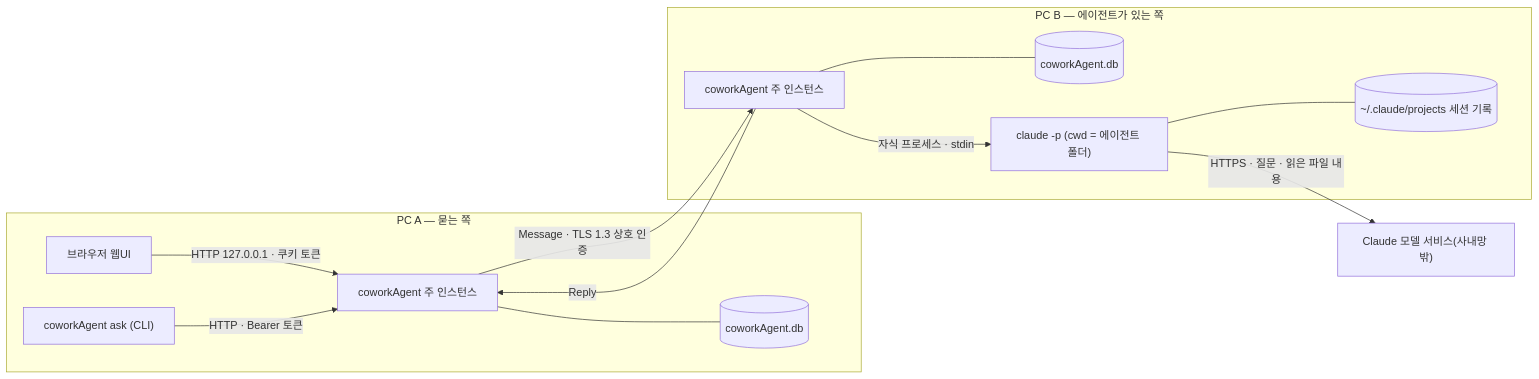
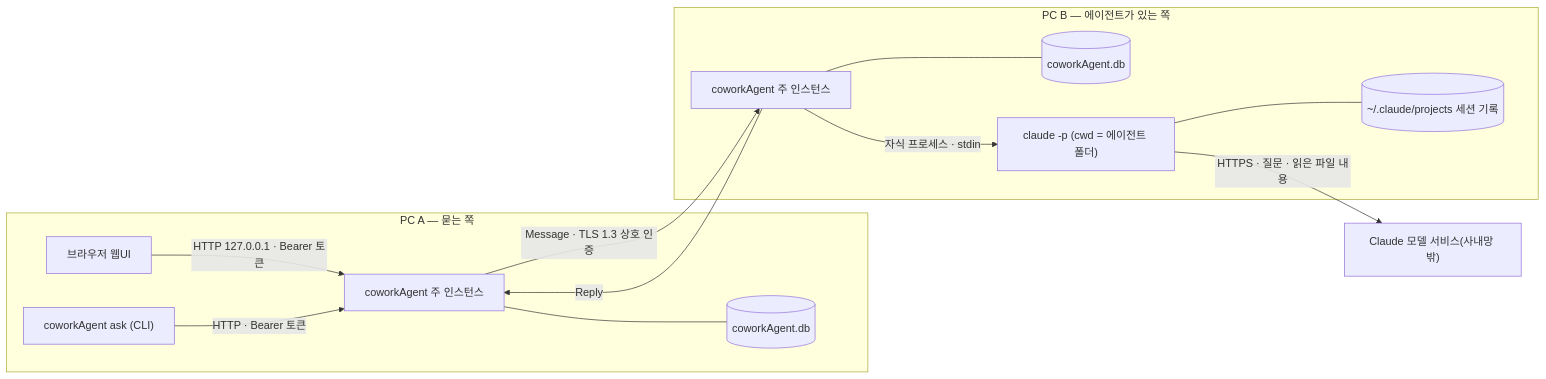
The first of 9 diagrams in docs/manual/dev/developer-guide.md (Softcamp-SaaS-RND/coworkAgent), drawn with Mermaid before and after one commit. The commit also changed other lines of this file and 108 other files, not shown here.

First line of the commit message:
coworkAgent Phase 1 오버플로 — Task 1a · 1b · 1c (squash)

````diff
--- a/docs/manual/dev/developer-guide.md
+++ b/docs/manual/dev/developer-guide.md
@@ -17,16 +18,16 @@
 ```mermaid
 flowchart LR
   subgraph PA["PC A — 묻는 쪽"]
-    BA["브라우저 웹UI"] -- "HTTP 127.0.0.1 · 쿠키 토큰" --> CA["coworkAgent 주 인스턴스"]
+    BA["브라우저 웹UI"] -- "HTTP 127.0.0.1 · Bearer 토큰" --> CA["coworkAgent 주 인스턴스"]
     CLIA["coworkAgent ask (CLI)"] -- "HTTP · Bearer 토큰" --> CA
     CA --- DBA[("coworkAgent.db")]
   end
   subgraph PB["PC B — 에이전트가 있는 쪽"]
     CB["coworkAgent 주 인스턴스"] --- DBB[("coworkAgent.db")]
     CB -- "자식 프로세스 · stdin" --> CL["claude -p (cwd = 에이전트 폴더)"]
     CL --- TR[("~/.claude/projects 세션 기록")]
   end
   CL -- "HTTPS · 질문 · 읽은 파일 내용" --> MS["Claude 모델 서비스(사내망 밖)"]
   CA -- "Message · TLS 1.3 상호 인증" --> CB
   CB -- "Reply" --> CA
 ```
````
